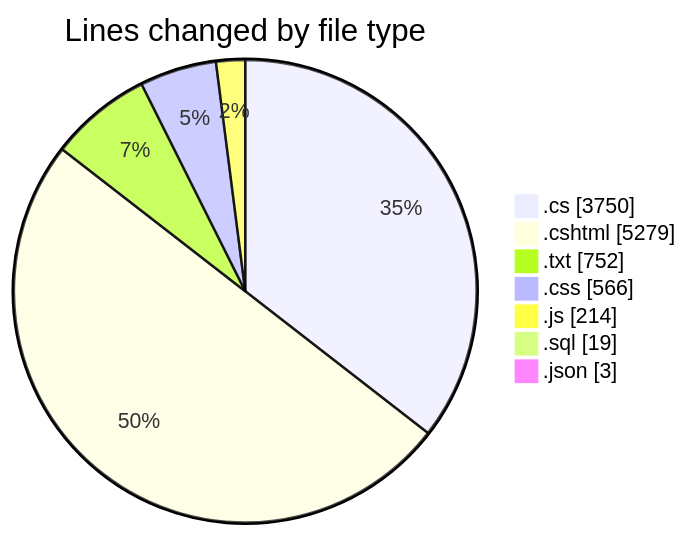
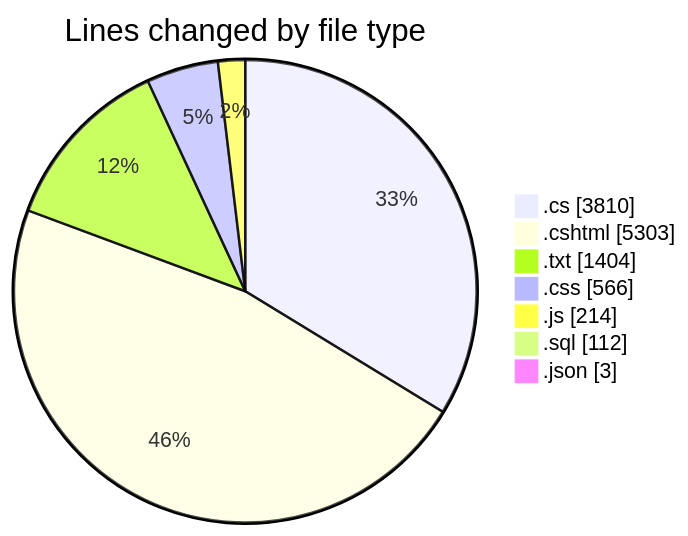
Before and after one commit to lephambinh05/code-tracking: the first of 2 diagrams in 2025-07-28/quanlyrapchieuphim-1/README.md, drawn with Mermaid. The commit also changed other lines of this file and 1 other file, not shown here.

````diff
--- a/2025-07-28/quanlyrapchieuphim-1/README.md
+++ b/2025-07-28/quanlyrapchieuphim-1/README.md
@@ -48,11 +49,11 @@
 ```mermaid
 pie showData
 title Lines changed by file type
-".cs" : 3750
-".cshtml" : 5279
-".txt" : 752
+".cs" : 3810
+".cshtml" : 5303
+".txt" : 1404
 ".css" : 566
 ".js" : 214
-".sql" : 19
+".sql" : 112
 ".json" : 3
 ```
````
